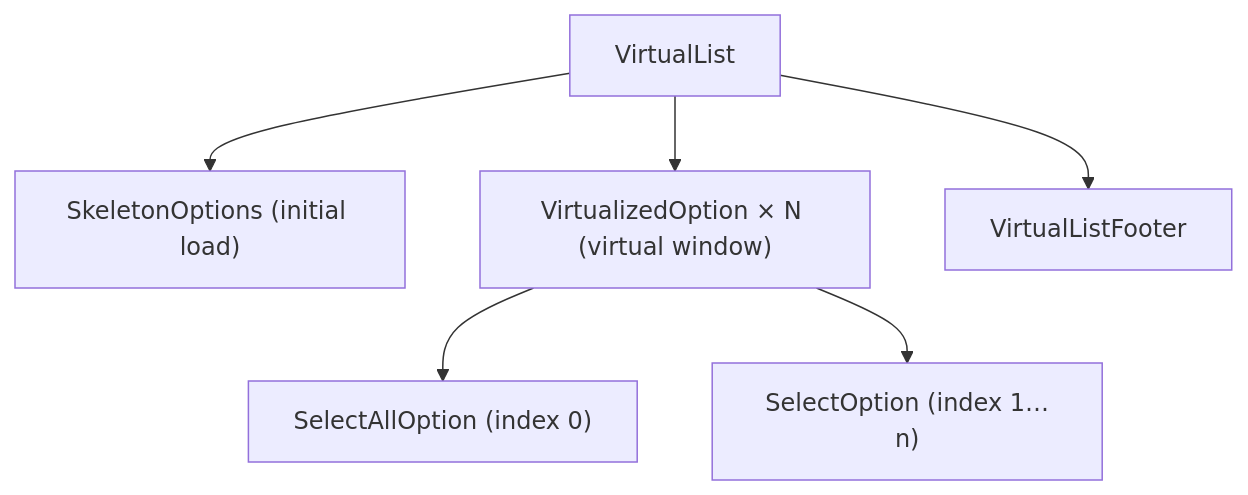
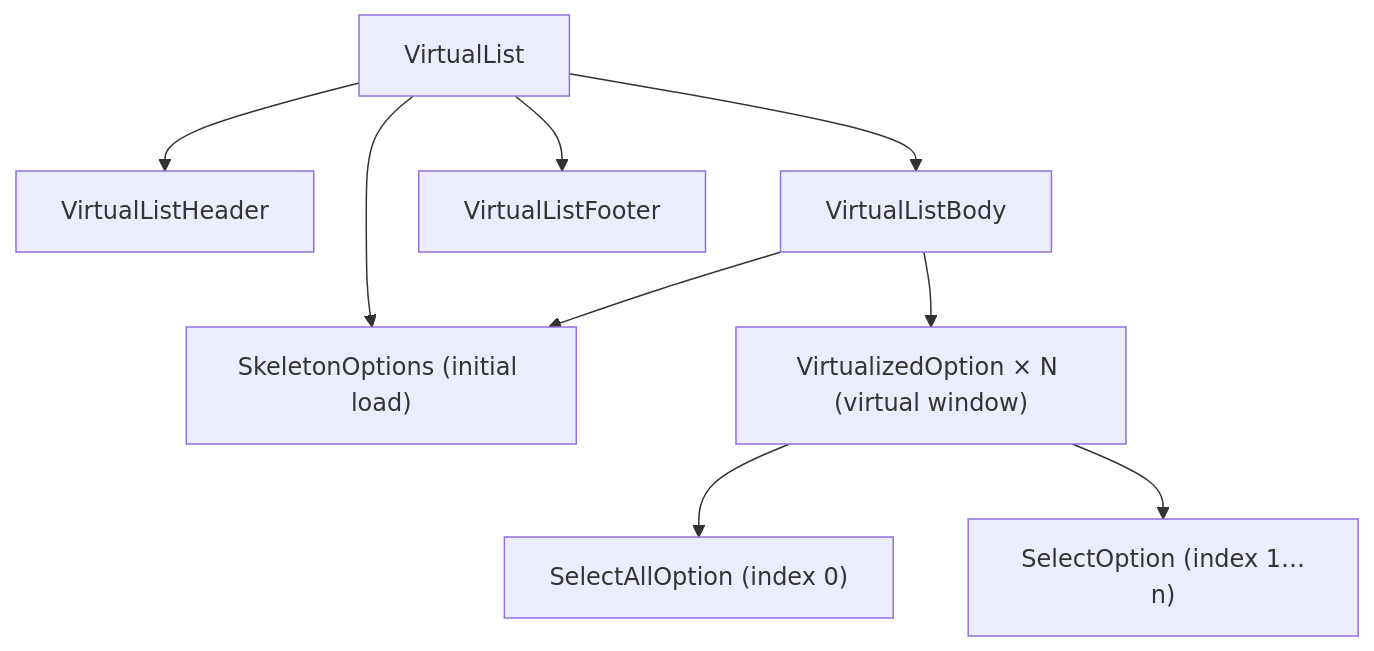
Before and after one commit to luciocabrera/lcabrera-stack: the first of 4 diagrams in apps/react-router/src/components/VirtualList/ARCHITECTURE.md, drawn with Mermaid. The commit also changed other lines of this file and 20 other files, not shown here.

````diff
--- a/apps/react-router/src/components/VirtualList/ARCHITECTURE.md
+++ b/apps/react-router/src/components/VirtualList/ARCHITECTURE.md
@@ -55,8 +71,11 @@
 ```mermaid
 graph TD
   VL["VirtualList"] --> SKO["SkeletonOptions (initial load)"]
-  VL --> VO["VirtualizedOption × N (virtual window)"]
+  VL --> VLH["VirtualListHeader"]
+  VL --> VLB["VirtualListBody"]
+  VLB --> VO["VirtualizedOption × N (virtual window)"]
+  VLB --> SKO["SkeletonOptions (initial load)"]
   VL --> VLF["VirtualListFooter"]
   VO --> SAO["SelectAllOption (index 0)"]
   VO --> SO["SelectOption (index 1…n)"]
 ```
````
